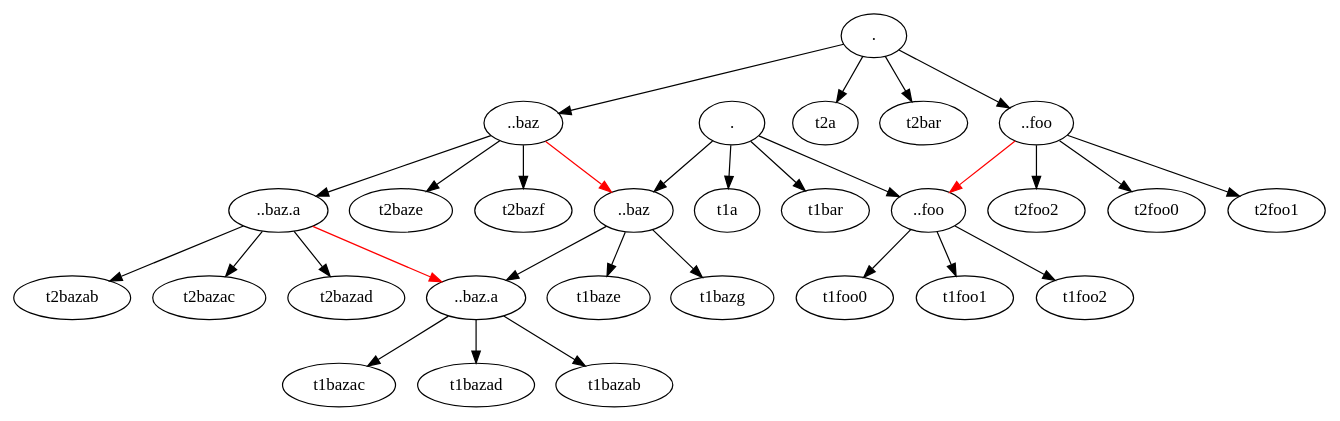
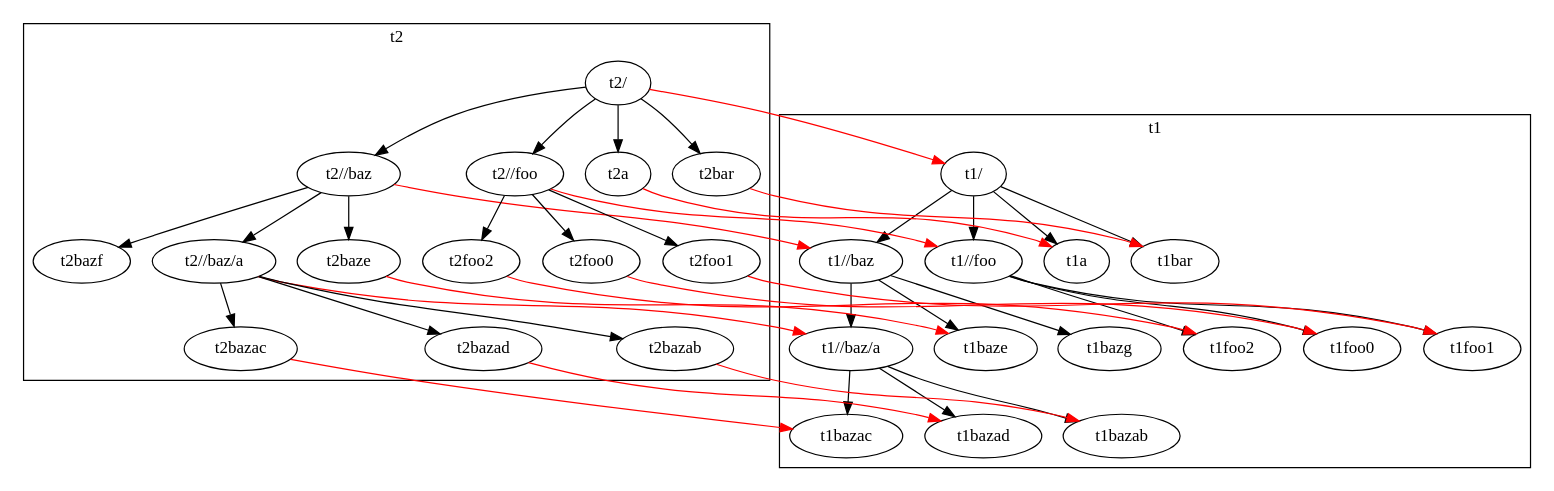
Before and after one commit to qri-io/deepdiff: the diagram in graph.dot, drawn with Graphviz. The commit also changed 3 other files, not shown here.

```diff
--- a/graph.dot
+++ b/graph.dot
@@ -1,43 +1,56 @@
 digraph {
-  subgraph t1 {
-    t1 [label=".", tooltip="weight: 58"];
+  subgraph cluster_t1 {
+    label="t1";
+    t1 [label="t1/", tooltip="weight: 58"];
+    t1 -> t1a;
+    t1 -> t1bar;
     t1 -> t1baz;
     t1 -> t1foo;
-    t1 -> t1a;
-    t1 -> t1bar;
-    t1baz [label="..baz", tooltip="weight: 45"];
+    t1baz [label="t1//baz", tooltip="weight: 45"];
     t1baz -> t1baza;
     t1baz -> t1baze;
     t1baz -> t1bazg;
-    t1baza [label="..baz.a", tooltip="weight: 25"];
+    t1baza [label="t1//baz/a", tooltip="weight: 25"];
+    t1baza -> t1bazab;
     t1baza -> t1bazac;
     t1baza -> t1bazad;
-    t1baza -> t1bazab;
-    t1foo [label="..foo", tooltip="weight: 4"];
+    t1foo [label="t1//foo", tooltip="weight: 4"];
     t1foo -> t1foo0;
     t1foo -> t1foo1;
     t1foo -> t1foo2;
   }
-  subgraph t2 {
-    t2 [label=".", tooltip="weight: 76"];
+  subgraph cluster_t2 {
+    label="t2";
+    t2 [label="t2/", tooltip="weight: 76"];
+    t2 -> t2baz;
+    t2 -> t2foo;
     t2 -> t2a;
     t2 -> t2bar;
-    t2 -> t2baz;
-    t2 -> t2foo;
-    t2baz [label="..baz", tooltip="weight: 64"];
+    t2baz [label="t2//baz", tooltip="weight: 64"];
     t2baz -> t2baze;
     t2baz -> t2bazf;
     t2baz -> t2baza;
-    t2baza [label="..baz.a", tooltip="weight: 25"];
+    t2baza [label="t2//baz/a", tooltip="weight: 25"];
     t2baza -> t2bazab;
     t2baza -> t2bazac;
     t2baza -> t2bazad;
-    t2foo [label="..foo", tooltip="weight: 4"];
-    t2foo -> t2foo2;
+    t2foo [label="t2//foo", tooltip="weight: 4"];
     t2foo -> t2foo0;
     t2foo -> t2foo1;
+    t2foo -> t2foo2;
   }
-    t2baz -> t1baz[color=red,penwidth=1.0];
-    t2baza -> t1baza[color=red,penwidth=1.0];
-    t2foo -> t1foo[color=red,penwidth=1.0];
+
+  t2 -> t1[color=red,penwidth=1.0];
+  t2a -> t1a[color=red,penwidth=1.0];
+  t2bar -> t1bar[color=red,penwidth=1.0];
+  t2baz -> t1baz[color=red,penwidth=1.0];
+  t2baza -> t1baza[color=red,penwidth=1.0];
+  t2bazab -> t1bazab[color=red,penwidth=1.0];
+  t2bazac -> t1bazac[color=red,penwidth=1.0];
+  t2bazad -> t1bazad[color=red,penwidth=1.0];
+  t2baze -> t1baze[color=red,penwidth=1.0];
+  t2foo -> t1foo[color=red,penwidth=1.0];
+  t2foo0 -> t1foo0[color=red,penwidth=1.0];
+  t2foo1 -> t1foo1[color=red,penwidth=1.0];
+  t2foo2 -> t1foo2[color=red,penwidth=1.0];
 }
```
